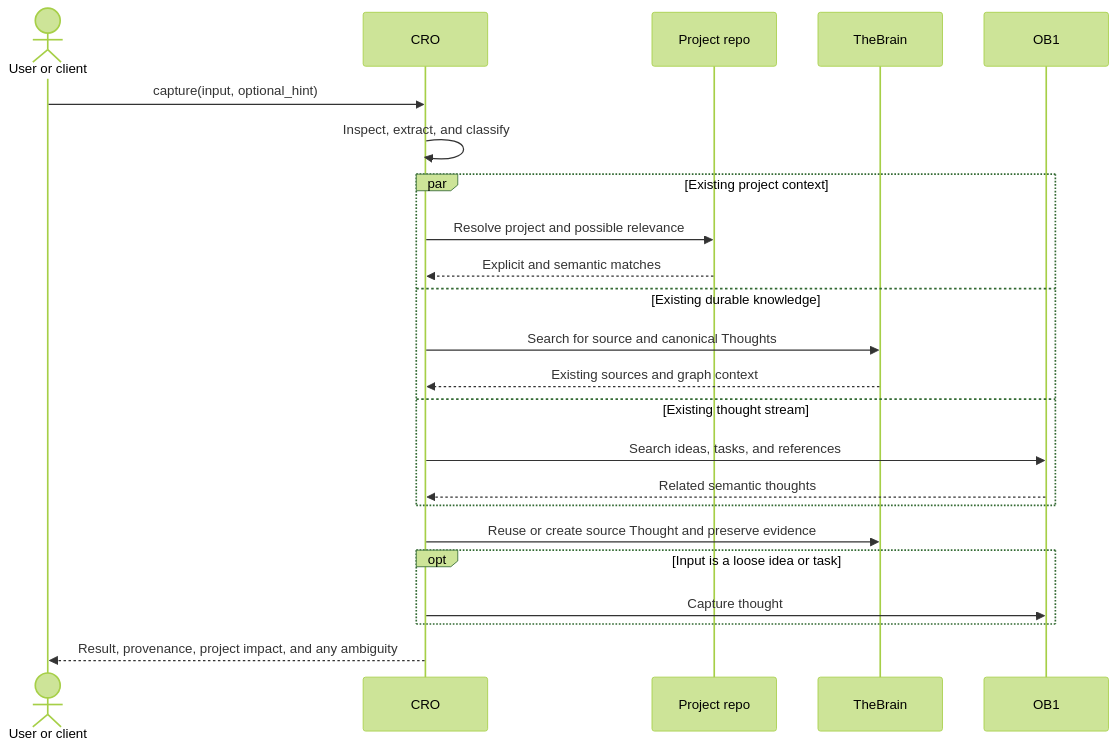
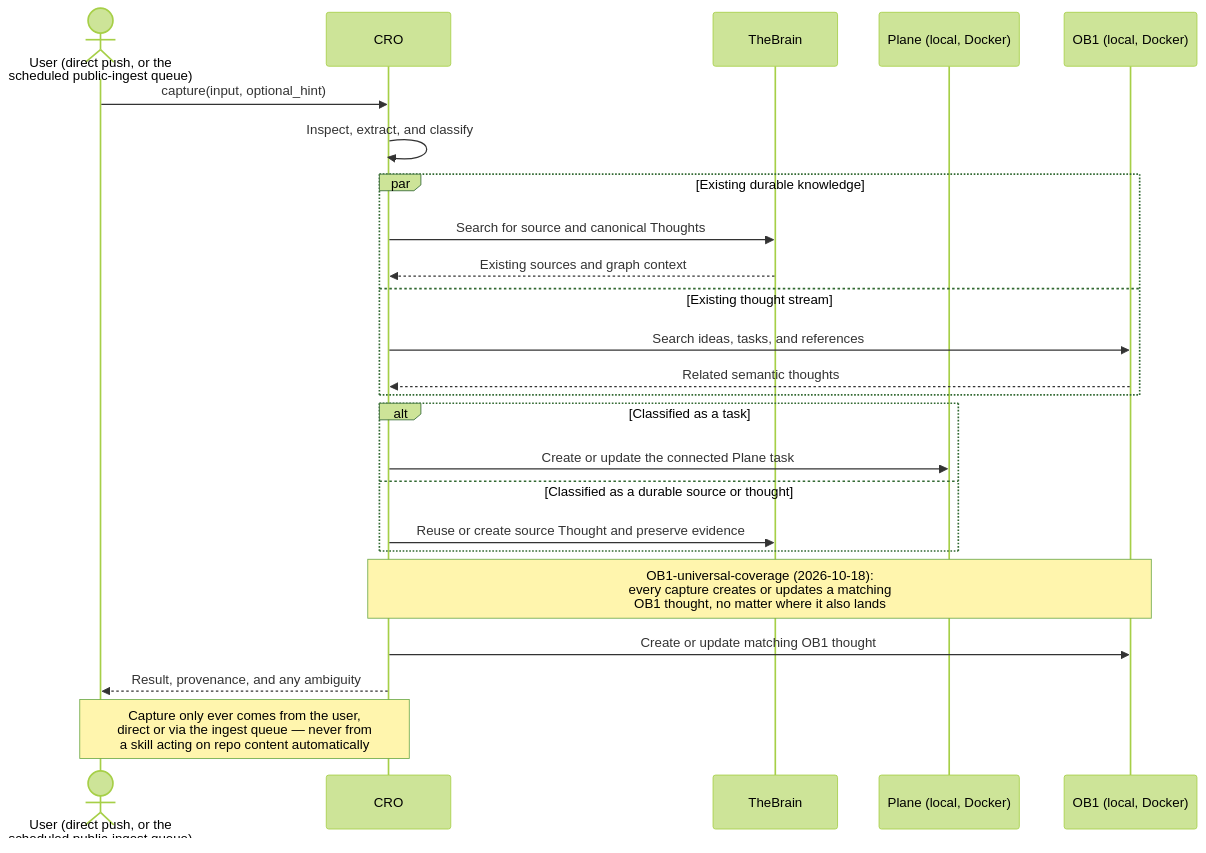
The diagram in docs/architecture/03-capture-flow.mmd (KeithBarrows/Cognitive-Research-Orchestrator), drawn with Mermaid (forest theme) before and after one commit. The commit also changed 20 other files, not shown here.

First line of the commit message:
📐 Enforce no-direct-repo-read rule across architecture docs; add dev overview

```diff
--- a/docs/architecture/03-capture-flow.mmd
+++ b/docs/architecture/03-capture-flow.mmd
@@ -1,24 +1,25 @@
 sequenceDiagram
-    actor U as User or client
+    actor U as User (direct push, or the<br/>scheduled public-ingest queue)
     participant C as CRO
-    participant R as Project repo
     participant T as TheBrain
-    participant O as OB1
+    participant PL as Plane (local, Docker)
+    participant O as OB1 (local, Docker)
 
     U->>C: capture(input, optional_hint)
     C->>C: Inspect, extract, and classify
-    par Existing project context
-        C->>R: Resolve project and possible relevance
-        R-->>C: Explicit and semantic matches
-    and Existing durable knowledge
+    par Existing durable knowledge
         C->>T: Search for source and canonical Thoughts
         T-->>C: Existing sources and graph context
     and Existing thought stream
         C->>O: Search ideas, tasks, and references
         O-->>C: Related semantic thoughts
     end
-    C->>T: Reuse or create source Thought and preserve evidence
-    opt Input is a loose idea or task
-        C->>O: Capture thought
+    alt Classified as a task
+        C->>PL: Create or update the connected Plane task
+    else Classified as a durable source or thought
+        C->>T: Reuse or create source Thought and preserve evidence
     end
-    C-->>U: Result, provenance, project impact, and any ambiguity
+    note over C,O: OB1-universal-coverage (2026-10-18):<br/>every capture creates or updates a matching<br/>OB1 thought, no matter where it also lands
+    C->>O: Create or update matching OB1 thought
+    C-->>U: Result, provenance, and any ambiguity
+    note over U,C: Capture only ever comes from the user,<br/>direct or via the ingest queue — never from<br/>a skill acting on repo content automatically
```
